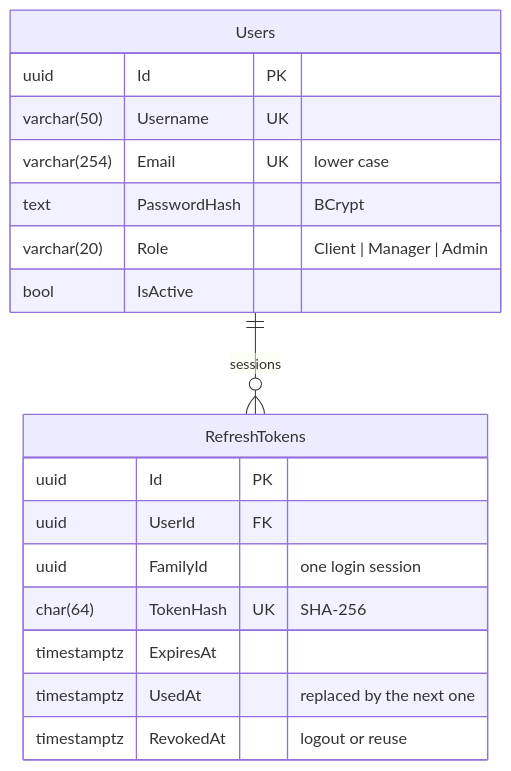
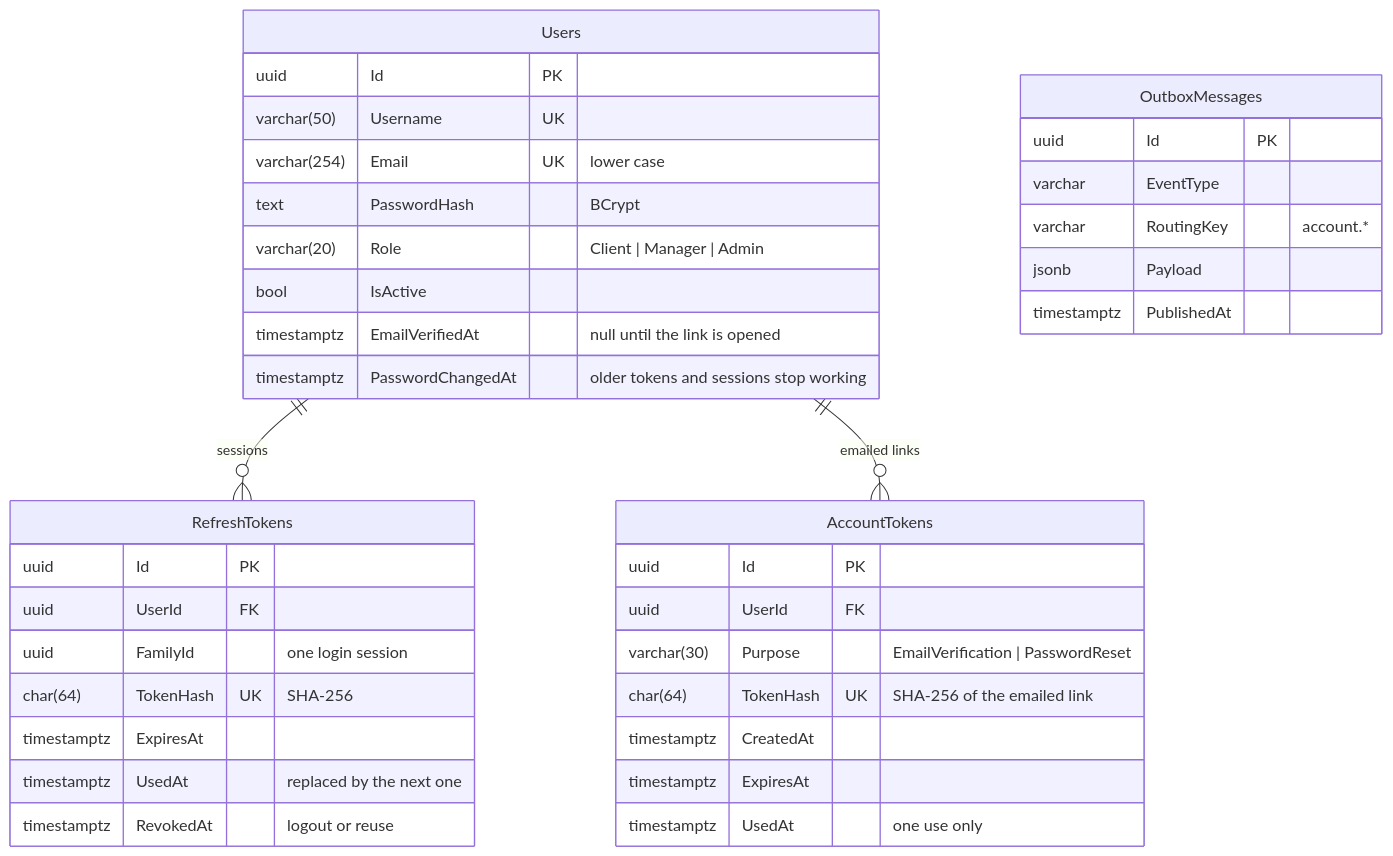
Before and after one commit to brndz1/CropConnect: the first of 6 diagrams in docs/data-model.md, drawn with Mermaid. The commit also changed other lines of this file and 10 other files, not shown here.

````diff
--- a/docs/data-model.md
+++ b/docs/data-model.md
@@ -12,21 +12,40 @@
 ```mermaid
 erDiagram
     Users {
         uuid Id PK
         varchar(50) Username UK
         varchar(254) Email UK "lower case"
         text PasswordHash "BCrypt"
         varchar(20) Role "Client | Manager | Admin"
         bool IsActive
+        timestamptz EmailVerifiedAt "null until the link is opened"
+        timestamptz PasswordChangedAt "older tokens and sessions stop working"
+    }
+    AccountTokens {
+        uuid Id PK
+        uuid UserId FK
+        varchar(30) Purpose "EmailVerification | PasswordReset"
+        char(64) TokenHash UK "SHA-256 of the emailed link"
+        timestamptz CreatedAt
+        timestamptz ExpiresAt
+        timestamptz UsedAt "one use only"
     }
     RefreshTokens {
         uuid Id PK
         uuid UserId FK
         uuid FamilyId "one login session"
         char(64) TokenHash UK "SHA-256"
         timestamptz ExpiresAt
         timestamptz UsedAt "replaced by the next one"
         timestamptz RevokedAt "logout or reuse"
     }
+    OutboxMessages {
+        uuid Id PK
+        varchar EventType
+        varchar RoutingKey "account.*"
+        jsonb Payload
+        timestamptz PublishedAt
+    }
     Users ||--o{ RefreshTokens : "sessions"
+    Users ||--o{ AccountTokens : "emailed links"
 ```
````
